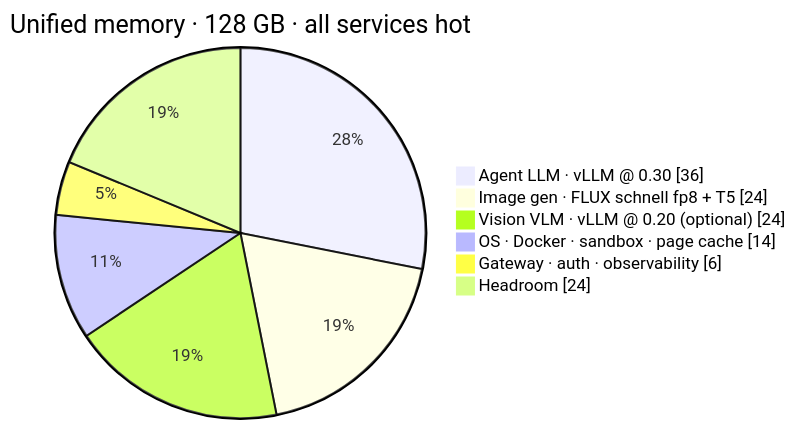
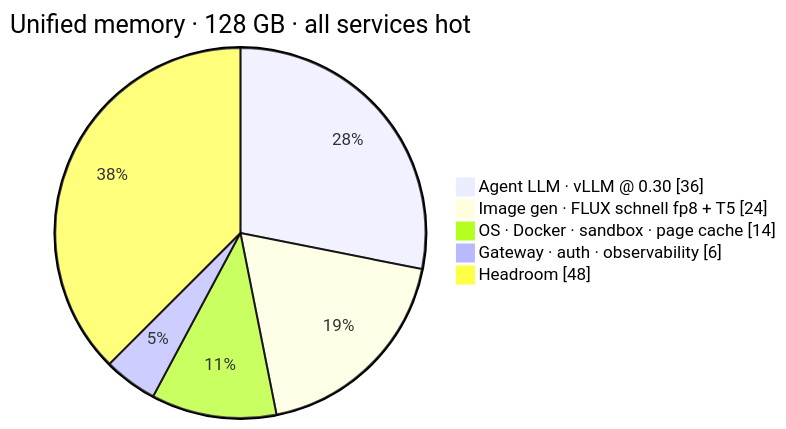
One commit to ravikiranvs/gb10-ai-stack changed the eighth of 15 diagrams in gb10-agent-stack.md. Above: the diagram before and after it, drawn with Mermaid. The commit also changed other lines of this file and 21 other files, not shown here.

````diff
--- a/gb10-agent-stack.md
+++ b/gb10-agent-stack.md
@@ -516,9 +518,8 @@
 ```mermaid
 pie showData title Unified memory · 128 GB · all services hot
     "Agent LLM · vLLM @ 0.30" : 36
     "Image gen · FLUX schnell fp8 + T5" : 24
-    "Vision VLM · vLLM @ 0.20 (optional)" : 24
     "OS · Docker · sandbox · page cache" : 14
     "Gateway · auth · observability" : 6
-    "Headroom" : 24
+    "Headroom" : 48
 ```
````
